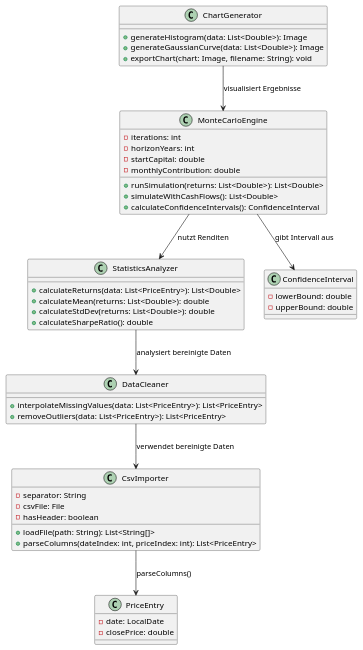
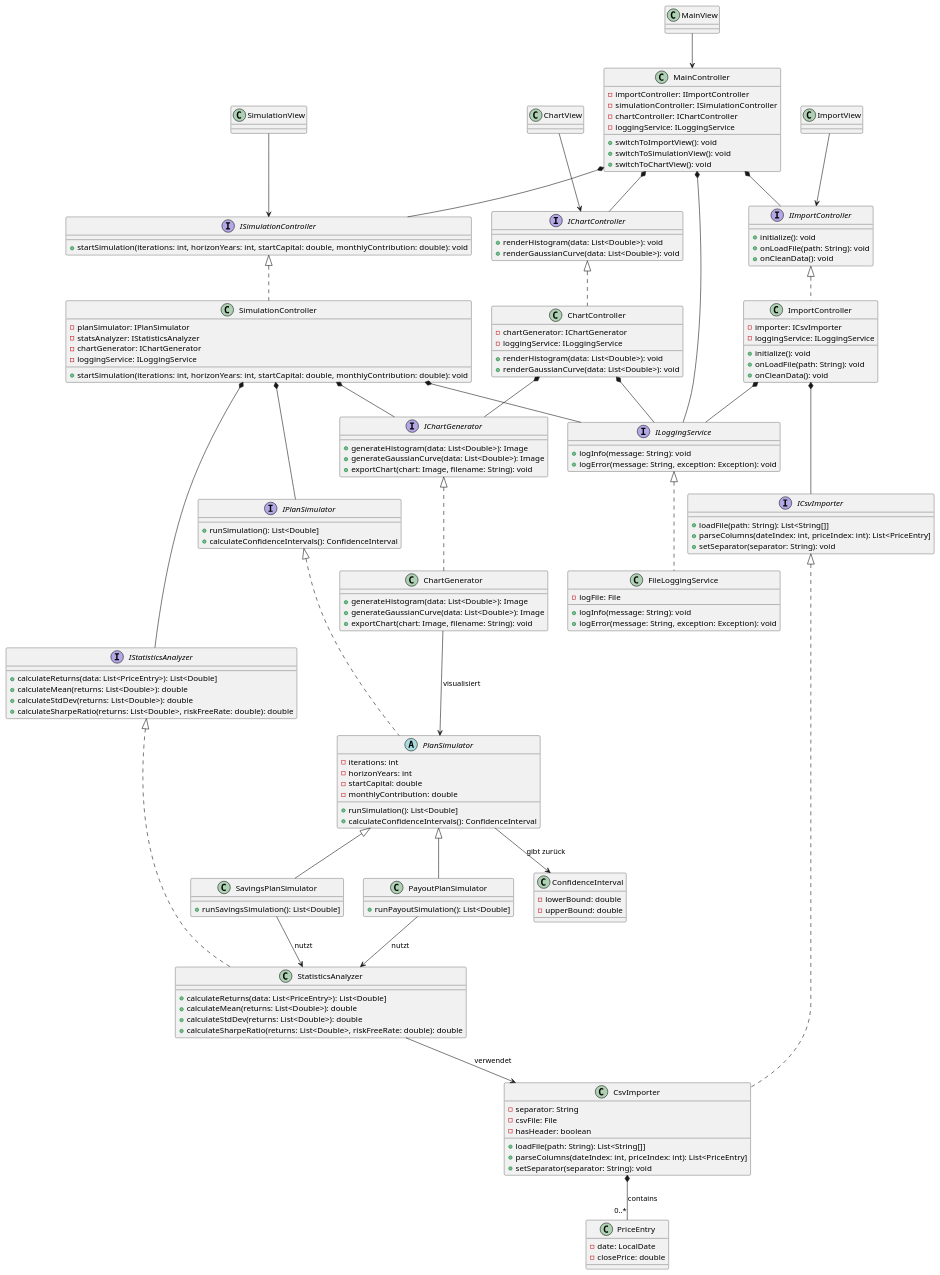
The diagram in docs/ClassDia.puml (SvenM87/WP_Java), drawn with PlantUML before and after one commit.

Commit message:
Klassendiagramm angepasst

```diff
--- a/docs/ClassDia.puml
+++ b/docs/ClassDia.puml
@@ -1,47 +1,168 @@
-@startuml
-class CsvImporter {
+@startuml KlassenDiagram
+
+' Interfaces
+interface ICsvImporter {
+  + loadFile(path: String): List<String[]]
+  + parseColumns(dateIndex: int, priceIndex: int): List<PriceEntry]
+  + setSeparator(separator: String): void
+}
+interface IStatisticsAnalyzer {
+  + calculateReturns(data: List<PriceEntry>): List<Double]
+  + calculateMean(returns: List<Double>): double
+  + calculateStdDev(returns: List<Double>): double
+  + calculateSharpeRatio(returns: List<Double>, riskFreeRate: double): double
+}
+interface IPlanSimulator {
+  + runSimulation(): List<Double]
+  + calculateConfidenceIntervals(): ConfidenceInterval
+}
+interface IChartGenerator {
+  + generateHistogram(data: List<Double>): Image
+  + generateGaussianCurve(data: List<Double>): Image
+  + exportChart(chart: Image, filename: String): void
+}
+interface ILoggingService {
+  + logInfo(message: String): void
+  + logError(message: String, exception: Exception): void
+}
+
+' Concrete Classes
+class CsvImporter implements ICsvImporter {
   - separator: String
   - csvFile: File
   - hasHeader: boolean
-  + loadFile(path: String): List<String[]>
-  + parseColumns(dateIndex: int, priceIndex: int): List<PriceEntry>
+  + loadFile(path: String): List<String[]]
+  + parseColumns(dateIndex: int, priceIndex: int): List<PriceEntry]
+  + setSeparator(separator: String): void
 }
+
 class PriceEntry {
   - date: LocalDate
   - closePrice: double
 }
-class DataCleaner {
-  + interpolateMissingValues(data: List<PriceEntry>): List<PriceEntry>
-  + removeOutliers(data: List<PriceEntry>): List<PriceEntry>
-}
-class StatisticsAnalyzer {
-  + calculateReturns(data: List<PriceEntry>): List<Double>
+
+class StatisticsAnalyzer implements IStatisticsAnalyzer {
+  + calculateReturns(data: List<PriceEntry>): List<Double]
   + calculateMean(returns: List<Double>): double
   + calculateStdDev(returns: List<Double>): double
-  + calculateSharpeRatio(): double
+  + calculateSharpeRatio(returns: List<Double>, riskFreeRate: double): double
 }
-class MonteCarloEngine {
+
+abstract class PlanSimulator implements IPlanSimulator {
   - iterations: int
   - horizonYears: int
   - startCapital: double
   - monthlyContribution: double
-  + runSimulation(returns: List<Double>): List<Double>
-  + simulateWithCashFlows(): List<Double>
+  + runSimulation(): List<Double]
   + calculateConfidenceIntervals(): ConfidenceInterval
 }
+
+class SavingsPlanSimulator extends PlanSimulator {
+  + runSavingsSimulation(): List<Double]
+}
+
+class PayoutPlanSimulator extends PlanSimulator {
+  + runPayoutSimulation(): List<Double]
+}
+
 class ConfidenceInterval {
   - lowerBound: double
   - upperBound: double
 }
-class ChartGenerator {
+
+class ChartGenerator implements IChartGenerator {
   + generateHistogram(data: List<Double>): Image
   + generateGaussianCurve(data: List<Double>): Image
   + exportChart(chart: Image, filename: String): void
 }
-CsvImporter --> PriceEntry : parseColumns()
-DataCleaner --> CsvImporter : verwendet bereinigte Daten
-StatisticsAnalyzer --> DataCleaner : analysiert bereinigte Daten
-MonteCarloEngine --> StatisticsAnalyzer : nutzt Renditen
-MonteCarloEngine --> ConfidenceInterval : gibt Intervall aus
-ChartGenerator --> MonteCarloEngine : visualisiert Ergebnisse
+
+class FileLoggingService implements ILoggingService {
+  - logFile: File
+  + logInfo(message: String): void
+  + logError(message: String, exception: Exception): void
+}
+
+' MVC Layer
+interface IImportController {
+  + initialize(): void
+  + onLoadFile(path: String): void
+  + onCleanData(): void
+}
+class ImportController implements IImportController {
+  - importer: ICsvImporter
+  - loggingService: ILoggingService
+  + initialize(): void
+  + onLoadFile(path: String): void
+  + onCleanData(): void
+}
+
+interface ISimulationController {
+  + startSimulation(iterations: int, horizonYears: int, startCapital: double, monthlyContribution: double): void
+}
+class SimulationController implements ISimulationController {
+  - planSimulator: IPlanSimulator
+  - statsAnalyzer: IStatisticsAnalyzer
+  - chartGenerator: IChartGenerator
+  - loggingService: ILoggingService
+  + startSimulation(iterations: int, horizonYears: int, startCapital: double, monthlyContribution: double): void
+}
+
+interface IChartController {
+  + renderHistogram(data: List<Double>): void
+  + renderGaussianCurve(data: List<Double>): void
+}
+class ChartController implements IChartController {
+  - chartGenerator: IChartGenerator
+  - loggingService: ILoggingService
+  + renderHistogram(data: List<Double>): void
+  + renderGaussianCurve(data: List<Double>): void
+}
+
+class MainController {
+  - importController: IImportController
+  - simulationController: ISimulationController
+  - chartController: IChartController
+  - loggingService: ILoggingService
+  + switchToImportView(): void
+  + switchToSimulationView(): void
+  + switchToChartView(): void
+}
+
+class MainView
+class ImportView
+class SimulationView
+class ChartView
+
+' Relationships
+CsvImporter *-- "0..*" PriceEntry : contains
+
+StatisticsAnalyzer --> CsvImporter : verwendet
+SavingsPlanSimulator --> StatisticsAnalyzer : nutzt
+PayoutPlanSimulator --> StatisticsAnalyzer : nutzt
+PlanSimulator --> ConfidenceInterval : gibt zurück
+ChartGenerator --> PlanSimulator : visualisiert
+
+' Injection (composition)
+ImportController *-- ICsvImporter
+ImportController *-- ILoggingService
+
+SimulationController *-- IPlanSimulator
+SimulationController *-- IStatisticsAnalyzer
+SimulationController *-- IChartGenerator
+SimulationController *-- ILoggingService
+
+ChartController *-- IChartGenerator
+ChartController *-- ILoggingService
+
+MainController *-- IImportController
+MainController *-- ISimulationController
+MainController *-- IChartController
+MainController *-- ILoggingService
+
+' MVC wiring
+ImportView --> IImportController
+SimulationView --> ISimulationController
+ChartView --> IChartController
+MainView --> MainController
+
 @enduml
```
